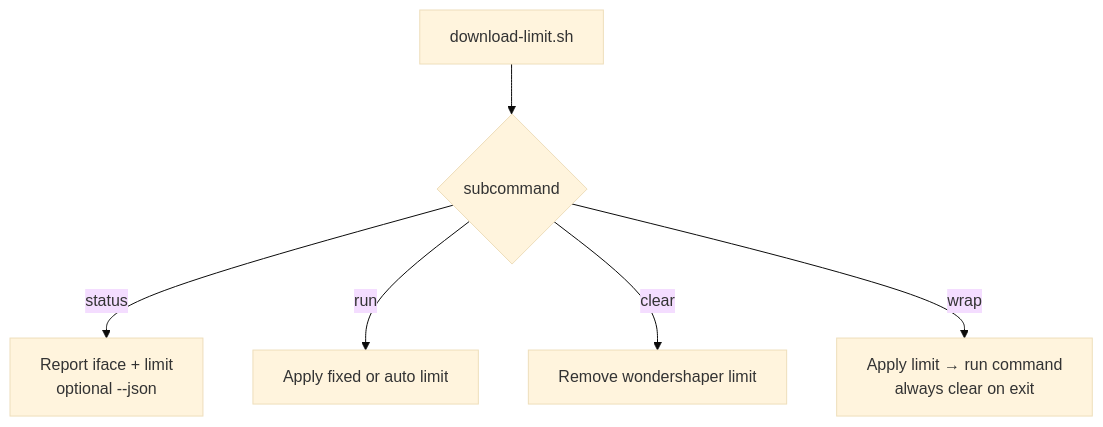
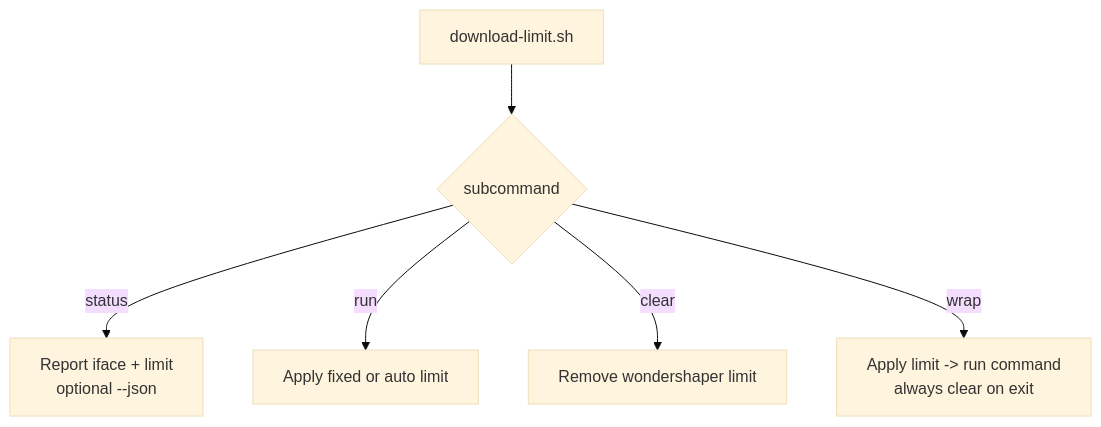
One commit to toxicoder/ez-comfy-stack changed the second of 5 diagrams in docs/download-limit.mdx. Above: the diagram before and after it, drawn with Mermaid (base theme). The commit also changed other lines of this file and 1894 other files, not shown here.

````diff
--- a/docs/download-limit.mdx
+++ b/docs/download-limit.mdx
@@ -72,8 +72,8 @@
 ```mermaid
 flowchart TB
   Start["download-limit.sh"] --> Cmd{"subcommand"}
   Cmd -->|status| Status["Report iface + limit<br/>optional --json"]
   Cmd -->|run| Run["Apply fixed or auto limit"]
   Cmd -->|clear| Clear["Remove wondershaper limit"]
-  Cmd -->|wrap| Wrap["Apply limit → run command<br/>always clear on exit"]
+  Cmd -->|wrap| Wrap["Apply limit -> run command<br/>always clear on exit"]
 ```
````
